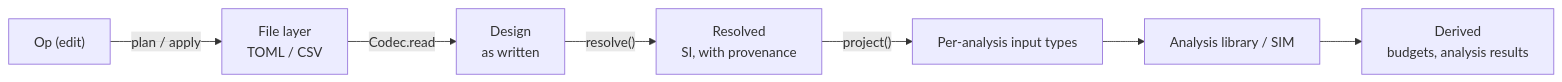
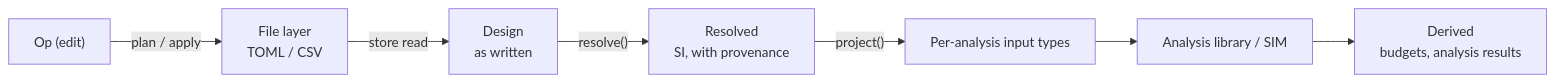
The diagram in docs/model.md (akira-nkjm/iwafune), drawn with Mermaid before and after one commit. The commit also changed other lines of this file and 87 other files, not shown here.

First line of the commit message:
Add the user guide, analysis reference with figures, architecture overview and Japanese editions; bring existing documents up to date (#503)

````diff
--- a/docs/model.md
+++ b/docs/model.md
@@ -344,9 +344,9 @@
 ```mermaid
 flowchart LR
-  F["File layer<br/>TOML / CSV"] -->|"Codec.read"| D["Design<br/>as written"]
+  F["File layer<br/>TOML / CSV"] -->|"store read"| D["Design<br/>as written"]
   D -->|"resolve()"| R["Resolved<br/>SI, with provenance"]
   R -->|"project()"| I["Per-analysis input types"]
   I --> A["Analysis library / SIM"]
   A --> X["Derived<br/>budgets, analysis results"]
   O["Op (edit)"] -->|"plan / apply"| F
 ```
````
